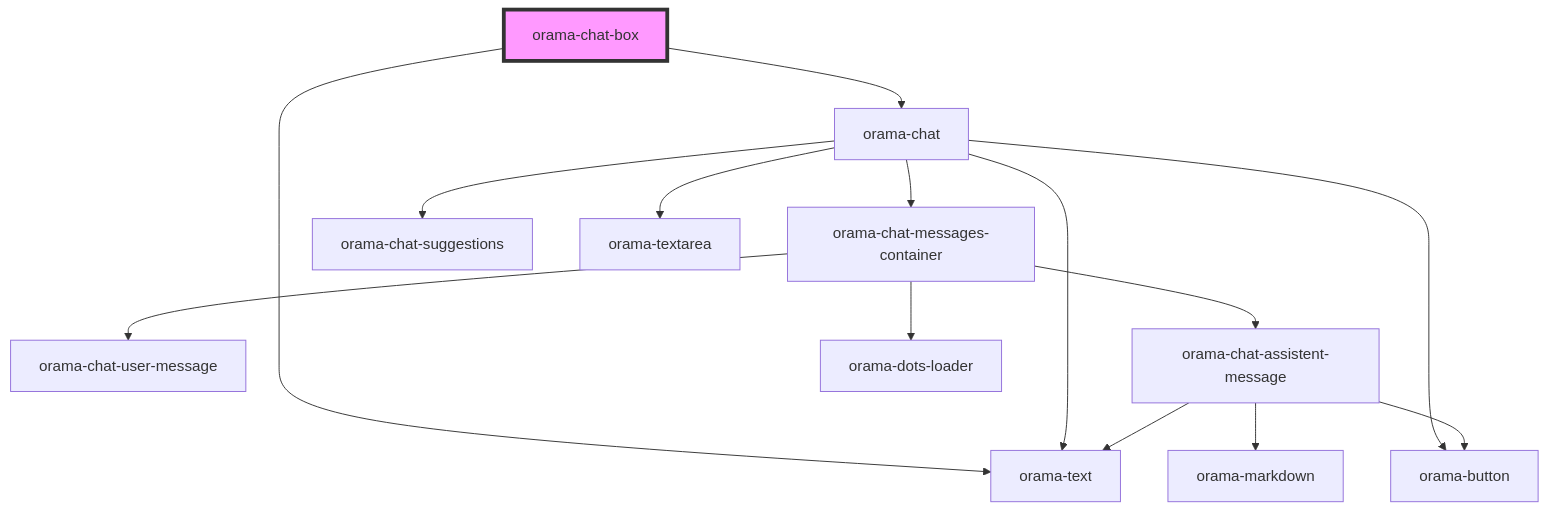
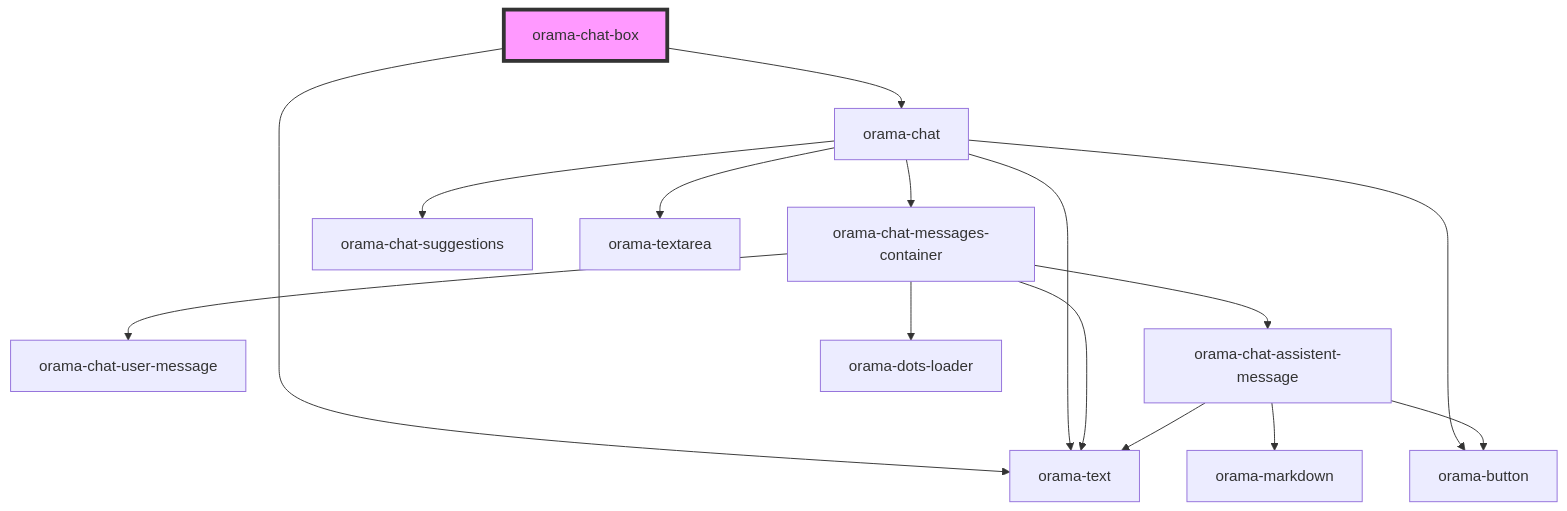
One commit to askorama/orama-ui-components changed the diagram in packages/ui-stencil/src/components/orama-chat-box/readme.md. Above: the diagram before and after it, drawn with Mermaid. The commit also changed 12 other files, not shown here.

````diff
--- a/packages/ui-stencil/src/components/orama-chat-box/readme.md
+++ b/packages/ui-stencil/src/components/orama-chat-box/readme.md
@@ -23,17 +23,18 @@
 ```mermaid
 graph TD;
   orama-chat-box --> orama-text
   orama-chat-box --> orama-chat
   orama-chat --> orama-chat-messages-container
   orama-chat --> orama-chat-suggestions
   orama-chat --> orama-textarea
   orama-chat --> orama-button
   orama-chat --> orama-text
   orama-chat-messages-container --> orama-chat-user-message
   orama-chat-messages-container --> orama-chat-assistent-message
   orama-chat-messages-container --> orama-dots-loader
+  orama-chat-messages-container --> orama-text
   orama-chat-assistent-message --> orama-markdown
   orama-chat-assistent-message --> orama-button
   orama-chat-assistent-message --> orama-text
   style orama-chat-box fill:#f9f,stroke:#333,stroke-width:4px
 ```
````
